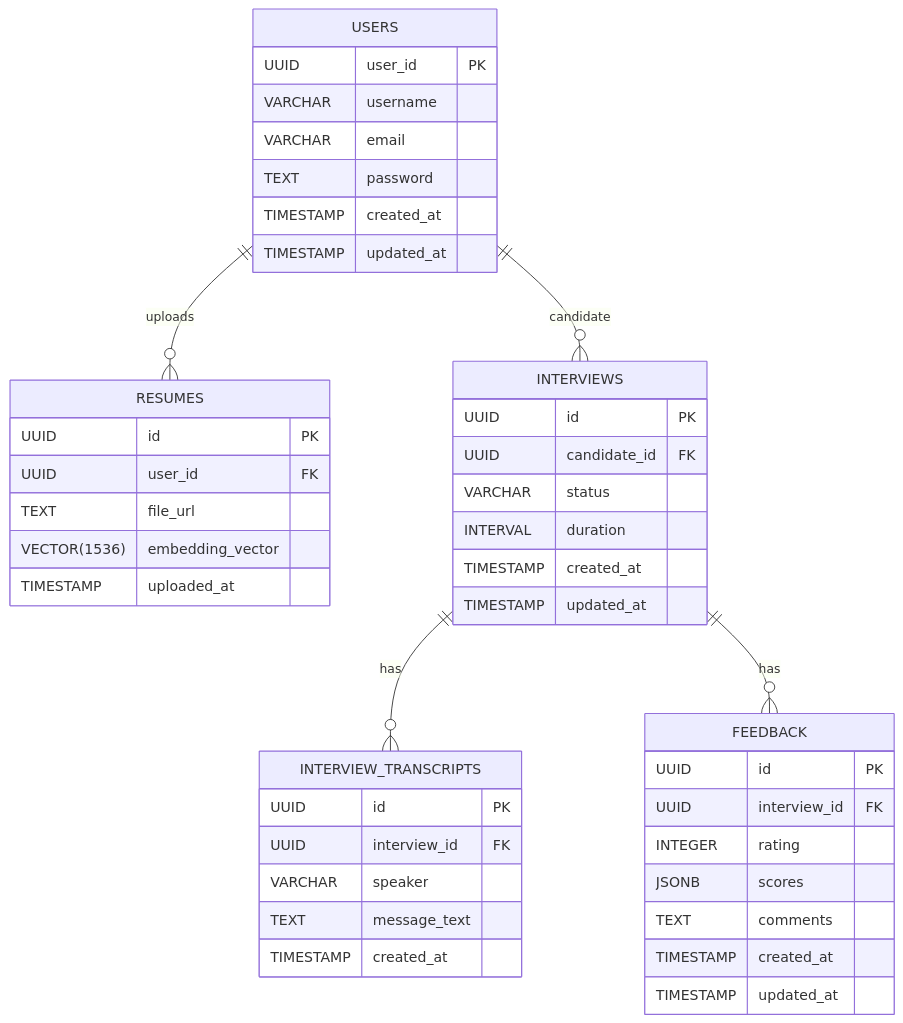
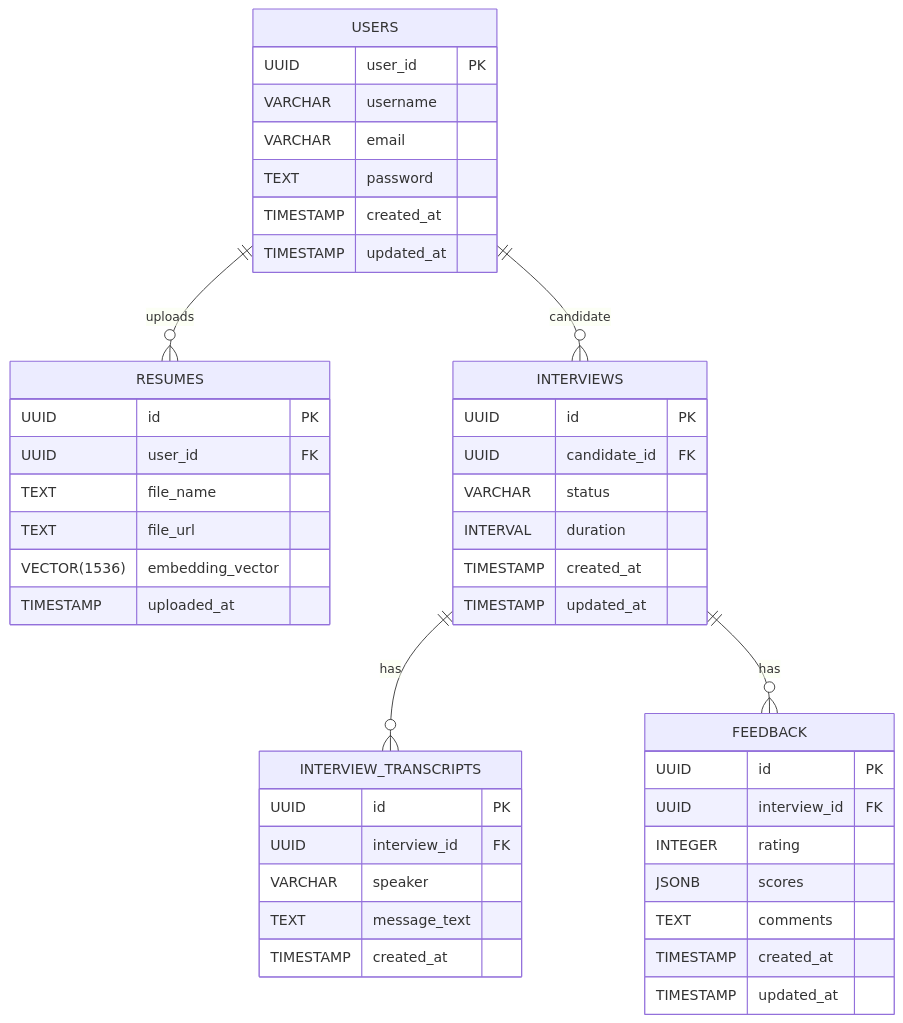
Before and after one commit to ai-mock-interviewer/backend: the diagram in README.md, drawn with Mermaid. The commit also changed 5 other files, not shown here.

````diff
--- a/README.md
+++ b/README.md
@@ -277,52 +277,53 @@
 ```mermaid
 erDiagram
     USERS {
         UUID user_id PK
         VARCHAR username
         VARCHAR email
         TEXT password
         TIMESTAMP created_at
         TIMESTAMP updated_at
     }
 
     RESUMES {
         UUID id PK
         UUID user_id FK
+        TEXT file_name
         TEXT file_url
         VECTOR(1536) embedding_vector
         TIMESTAMP uploaded_at
     }
 
     INTERVIEWS {
         UUID id PK
         UUID candidate_id FK
         VARCHAR status
         INTERVAL duration
         TIMESTAMP created_at
         TIMESTAMP updated_at
     }
 
     INTERVIEW_TRANSCRIPTS {
         UUID id PK
         UUID interview_id FK
         VARCHAR speaker
         TEXT message_text
         TIMESTAMP created_at
     }
 
     FEEDBACK {
         UUID id PK
         UUID interview_id FK
         INTEGER rating
         JSONB scores
         TEXT comments
         TIMESTAMP created_at
         TIMESTAMP updated_at
     }
 
     USERS ||--o{ RESUMES : uploads
     USERS ||--o{ INTERVIEWS : "candidate"
     INTERVIEWS ||--o{ INTERVIEW_TRANSCRIPTS : has
     INTERVIEWS ||--o{ FEEDBACK : has
 
 ```
````
